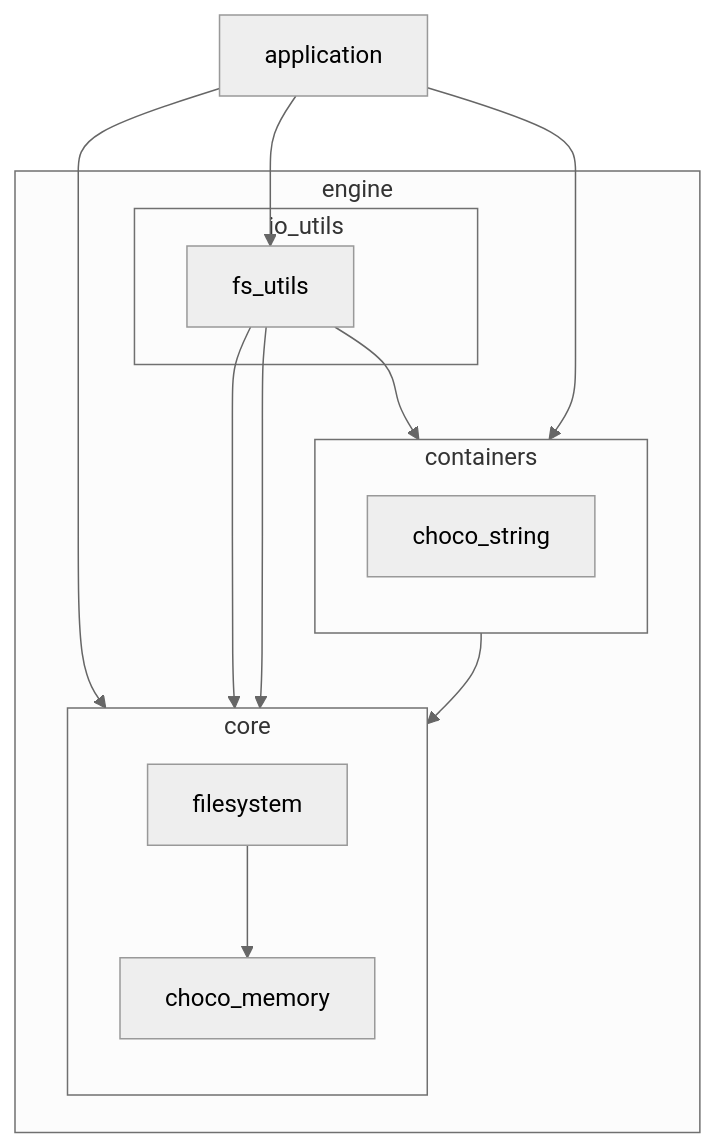
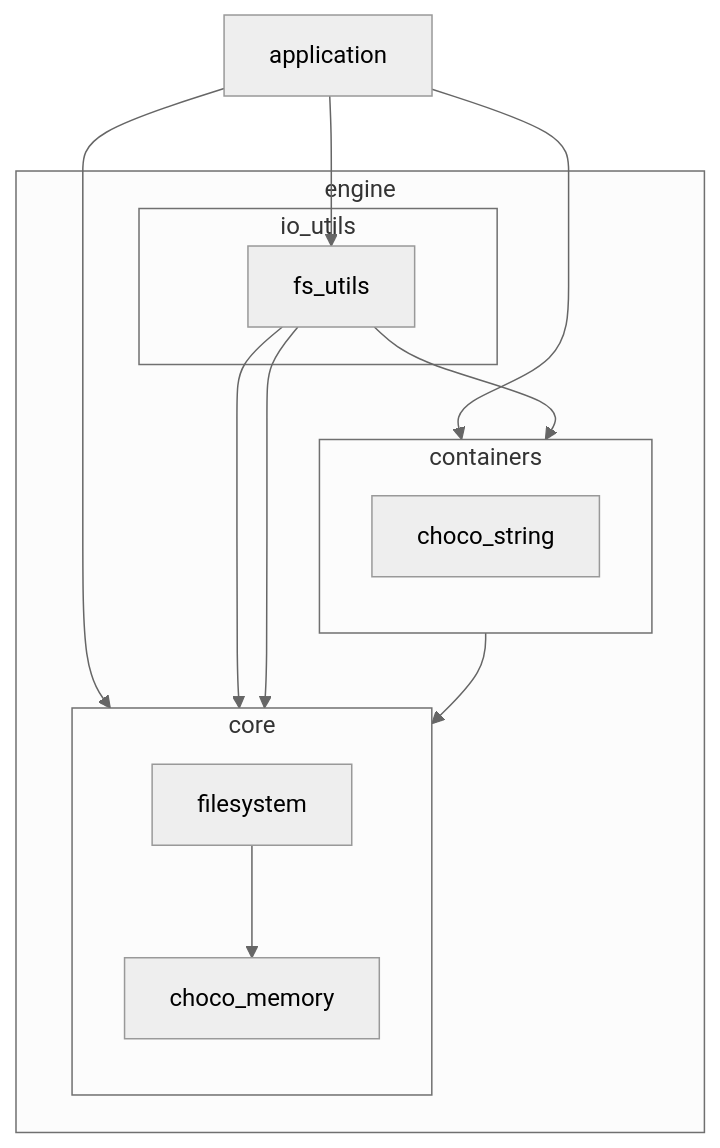
One commit to chocolate-pie24/gl_choco_engine changed the first of 2 diagrams in books/2d_rendering_step4/step4_3_filesystem.md. Above: the diagram before and after it, drawn with Mermaid (neutral theme). The commit also changed other lines of this file and 9 other files, not shown here.

````diff
--- a/books/2d_rendering_step4/step4_3_filesystem.md
+++ b/books/2d_rendering_step4/step4_3_filesystem.md
@@ -35,33 +33,33 @@
 ```mermaid
 graph TD
   APPLICATION[application]
 
   subgraph ENGINE[engine]
     subgraph IO_UTILS[io_utils]
       FS_UTILS[fs_utils]
     end
 
     subgraph CONTAINERS[containers]
       direction TB
       CHOCO_STRING[choco_string]
     end
 
     subgraph CORE[core]
         direction TB
         FILESYSTEM[filesystem]
         CHOCO_MEMORY[choco_memory]
     end
   end
 
   APPLICATION --> FS_UTILS
   APPLICATION --> CHOCO_MEMORY
-  APPLICATION --> CONTAINERS
+  APPLICATION --> CHOCO_STRING
 
   CHOCO_STRING --> CORE
 
   FILESYSTEM --> CHOCO_MEMORY
 
   FS_UTILS --> CHOCO_STRING
   FS_UTILS --> FILESYSTEM
   FS_UTILS --> CHOCO_MEMORY
 ```
````
